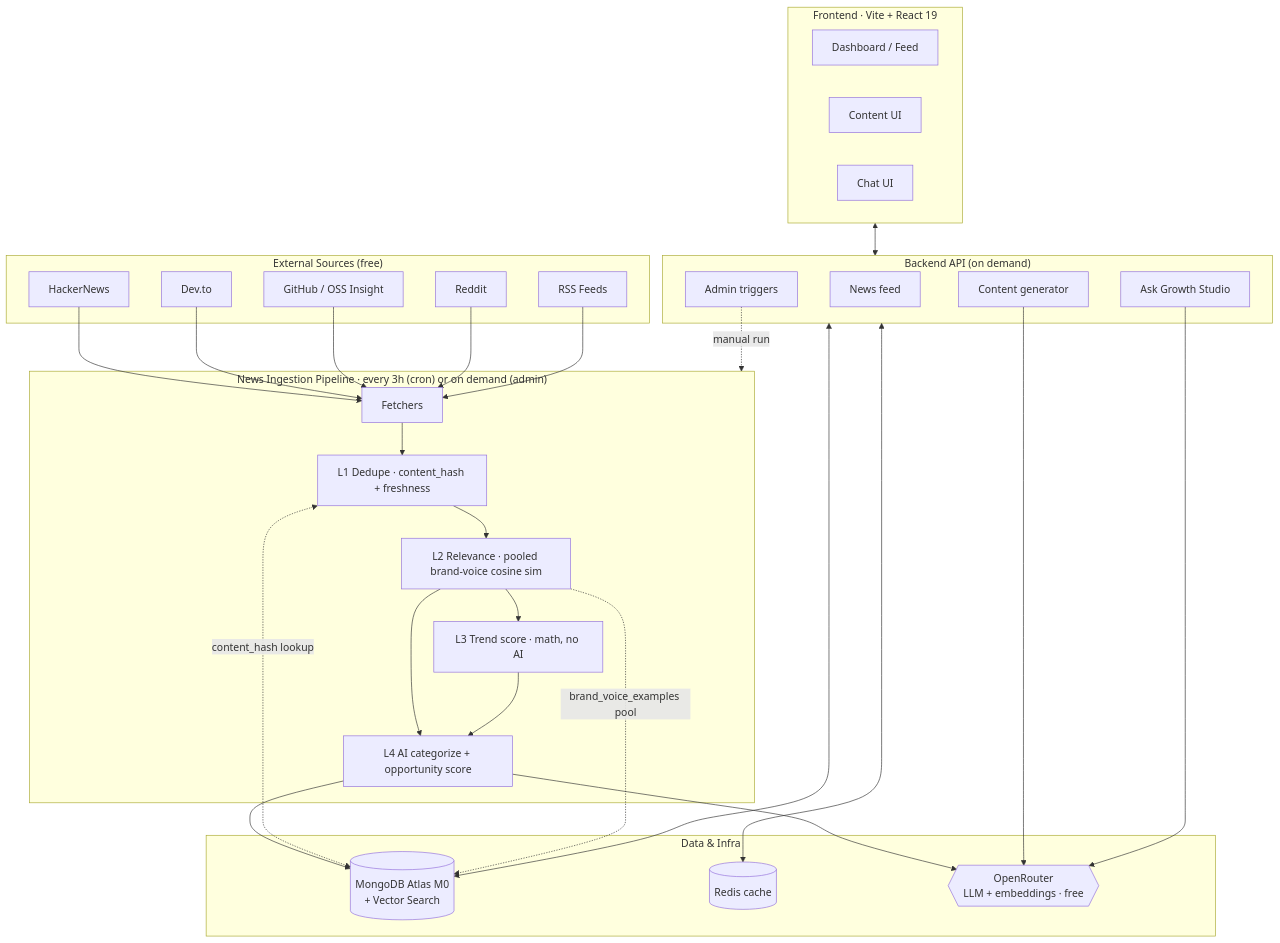
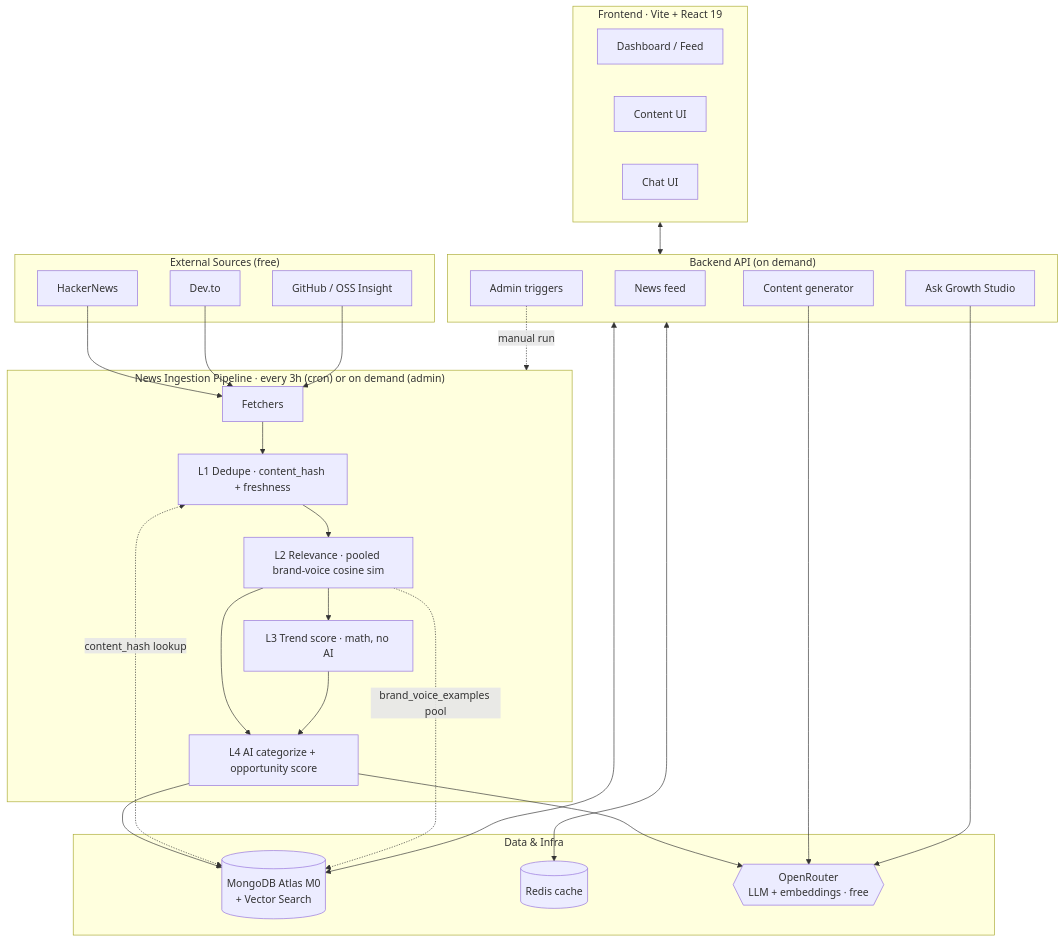
Before and after one commit to Farsit-007/AI-Content-Trend-Recommendation: the first of 2 diagrams in README.md, drawn with Mermaid. The commit also changed other lines of this file and 29 other files, not shown here.

````diff
--- a/README.md
+++ b/README.md
@@ -50,41 +50,40 @@
 ```mermaid
 flowchart TB
     subgraph Sources["External Sources (free)"]
         HN[HackerNews]; DEV[Dev.to]; GH[GitHub / OSS Insight]
-        RD[Reddit]; RSS[RSS Feeds]
     end
 
     subgraph Ingest["News Ingestion Pipeline · every 3h (cron) or on demand (admin)"]
         FETCH[Fetchers] --> F1[L1 Dedupe · content_hash + freshness]
         F1 --> F2[L2 Relevance · pooled brand-voice cosine sim]
         F2 --> F3[L3 Trend score · math, no AI]
         F2 --> F4[L4 AI categorize + opportunity score]
         F3 --> F4
     end
 
     subgraph Data["Data & Infra"]
         MONGO[(MongoDB Atlas M0<br/>+ Vector Search)]
         REDIS[(Redis cache)]
         OR{{OpenRouter<br/>LLM + embeddings · free}}
     end
 
     subgraph Serve["Backend API (on demand)"]
         FEED[News feed]; GEN[Content generator]
         CHAT[Ask Growth Studio]
         ADMIN[Admin triggers]
     end
 
     subgraph FE["Frontend · Vite + React 19"]
         DASH[Dashboard / Feed]; CGEN[Content UI]
         ASK[Chat UI]
     end
 
-    HN & DEV & GH & RD & RSS --> FETCH
+    HN & DEV & GH --> FETCH
     F4 --> MONGO
     F1 <-. content_hash lookup .-> MONGO
     F2 -. brand_voice_examples pool .-> MONGO
     F4 --> OR
     Serve <--> MONGO; Serve <--> REDIS; GEN & CHAT --> OR
     FE <--> Serve
     ADMIN -.manual run.-> Ingest
 ```
````
